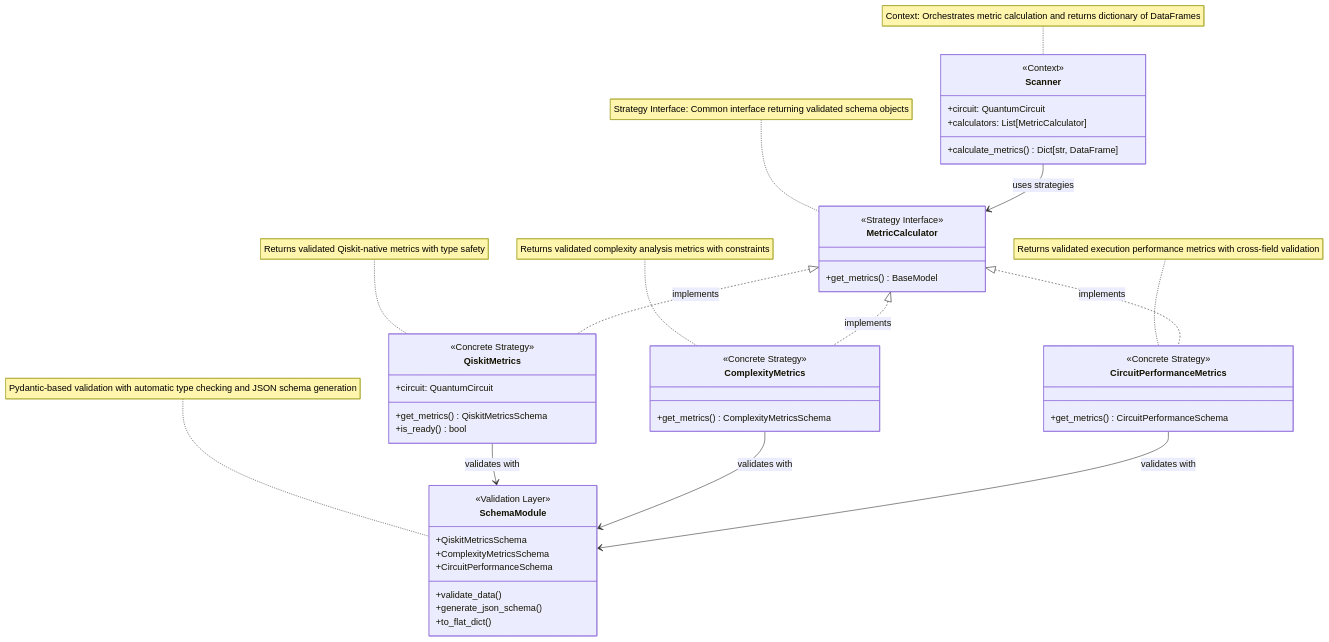
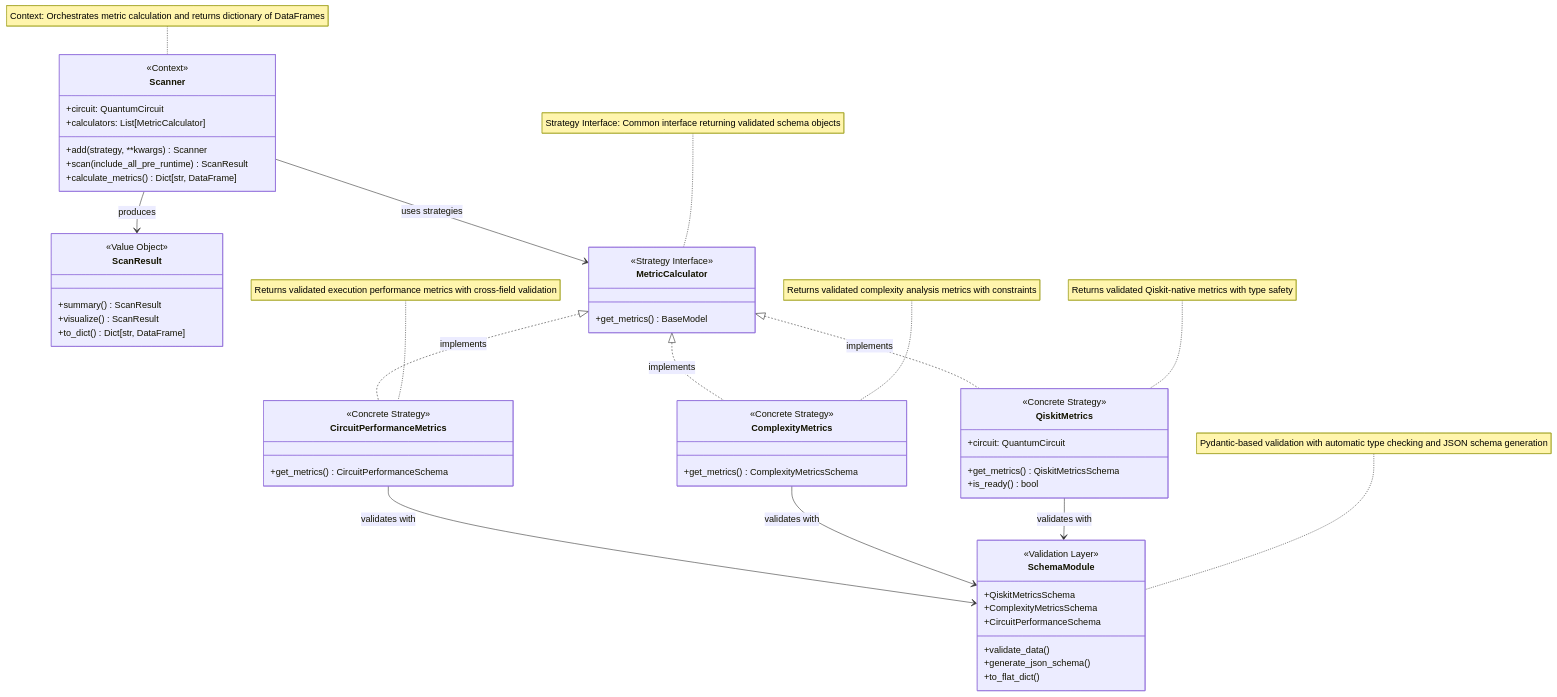
One commit to xthecapx/qiskit-qward changed the first of 4 diagrams in docs/architecture.md. Above: the diagram before and after it, drawn with Mermaid. The commit also changed other lines of this file and 43 other files, not shown here.

First line of the commit message:
Enhance Scanner API with fluent chaining and new ScanResult class

````diff
--- a/docs/architecture.md
+++ b/docs/architecture.md
@@ -13,64 +13,74 @@
 ```{mermaid}
 classDiagram
     %% Simplified Strategy Pattern for QWARD with Schema Validation
     
     class Scanner {
         <<Context>>
         +circuit: QuantumCircuit
         +calculators: List[MetricCalculator]
+        +add(strategy, **kwargs) Scanner
+        +scan(include_all_pre_runtime) ScanResult
         +calculate_metrics() Dict[str, DataFrame]
+    }
+
+    class ScanResult {
+        <<Value Object>>
+        +summary() ScanResult
+        +visualize() ScanResult
+        +to_dict() Dict[str, DataFrame]
     }
 
     class MetricCalculator {
         <<Strategy Interface>>
         +get_metrics() BaseModel
     }
 
     class QiskitMetrics {
         <<Concrete Strategy>>
         +circuit: QuantumCircuit
         +get_metrics() QiskitMetricsSchema
         +is_ready() bool
     }
 
     class ComplexityMetrics {
         <<Concrete Strategy>>
         +get_metrics() ComplexityMetricsSchema
     }
 
     class CircuitPerformanceMetrics {
         <<Concrete Strategy>>
         +get_metrics() CircuitPerformanceSchema
     }
 
     class SchemaModule {
         <<Validation Layer>>
         +QiskitMetricsSchema
         +ComplexityMetricsSchema
         +CircuitPerformanceSchema
         +validate_data()
         +generate_json_schema()
         +to_flat_dict()
     }
 
     %% Strategy Pattern Relationships
     Scanner --> MetricCalculator : uses strategies
+    Scanner --> ScanResult : produces
     
     %% Strategy Interface Implementation
     MetricCalculator <|.. QiskitMetrics : implements
     MetricCalculator <|.. ComplexityMetrics : implements
     MetricCalculator <|.. CircuitPerformanceMetrics : implements
     
     %% Schema Integration
     QiskitMetrics --> SchemaModule : validates with
     ComplexityMetrics --> SchemaModule : validates with
     CircuitPerformanceMetrics --> SchemaModule : validates with
 
     %% Pattern Notes
     note for Scanner "Context: Orchestrates metric calculation and returns dictionary of DataFrames"
     note for MetricCalculator "Strategy Interface: Common interface returning validated schema objects"
     note for QiskitMetrics "Returns validated Qiskit-native metrics with type safety"
     note for ComplexityMetrics "Returns validated complexity analysis metrics with constraints"
     note for CircuitPerformanceMetrics "Returns validated execution performance metrics with cross-field validation"
     note for SchemaModule "Pydantic-based validation with automatic type checking and JSON schema generation"
 ```
````
